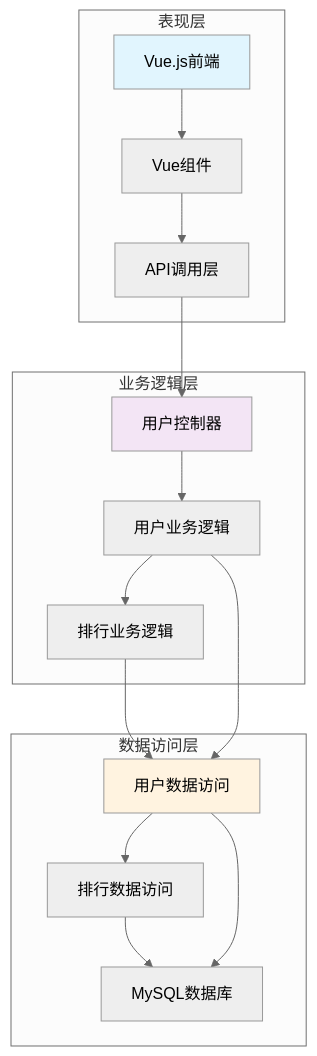
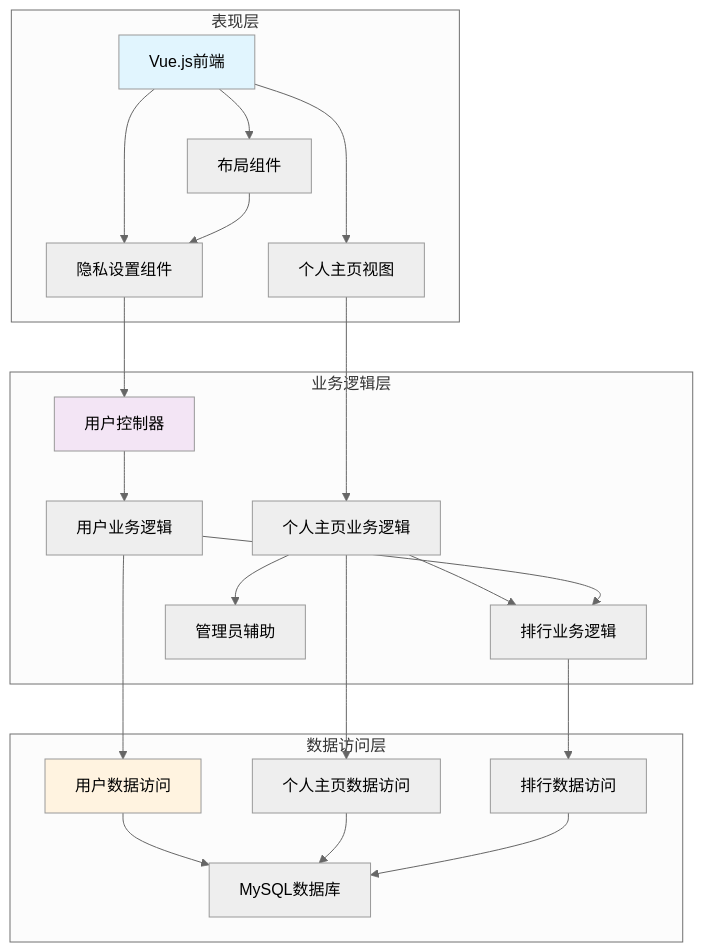
One commit to TinyMaD/SpeedRunnersLab changed the fifth of 14 diagrams in .qoder/repowiki/zh/content/后端 API 服务/用户管理模块/隐私设置管理.md. Above: the diagram before and after it, drawn with Mermaid (neutral theme). The commit also changed other lines of this file and 29 other files, not shown here.

````diff
--- a/.qoder/repowiki/zh/content/后端 API 服务/用户管理模块/隐私设置管理.md
+++ b/.qoder/repowiki/zh/content/后端 API 服务/用户管理模块/隐私设置管理.md
@@ -170,31 +217,41 @@
 ```mermaid
 graph TD
 subgraph "表现层"
 Frontend[Vue.js前端]
-Components[Vue组件]
-API[API调用层]
+PrivacySettings[隐私设置组件]
+ProfileView[个人主页视图]
+Layout[布局组件]
 end
 subgraph "业务逻辑层"
 UserController[用户控制器]
 UserBLL[用户业务逻辑]
+ProfileBLL[个人主页业务逻辑]
 RankBLL[排行业务逻辑]
+AdminHelper[管理员辅助]
 end
 subgraph "数据访问层"
 UserDAL[用户数据访问]
+ProfileDAL[个人主页数据访问]
 RankDAL[排行数据访问]
 DB[MySQL数据库]
 end
-Frontend --> Components
-Components --> API
-API --> UserController
+Frontend --> PrivacySettings
+Frontend --> ProfileView
+Frontend --> Layout
+PrivacySettings --> UserController
+ProfileView --> ProfileBLL
+Layout --> PrivacySettings
 UserController --> UserBLL
+ProfileBLL --> ProfileDAL
+ProfileBLL --> AdminHelper
+UserBLL --> UserDAL
+ProfileBLL --> RankBLL
+RankBLL --> RankDAL
 UserBLL --> RankBLL
-RankBLL --> UserDAL
-UserBLL --> UserDAL
-UserDAL --> RankDAL
+UserDAL --> DB
+ProfileDAL --> DB
 RankDAL --> DB
-UserDAL --> DB
 style Frontend fill:#e1f5fe
 style UserController fill:#f3e5f5
 style UserDAL fill:#fff3e0
 ```
````
